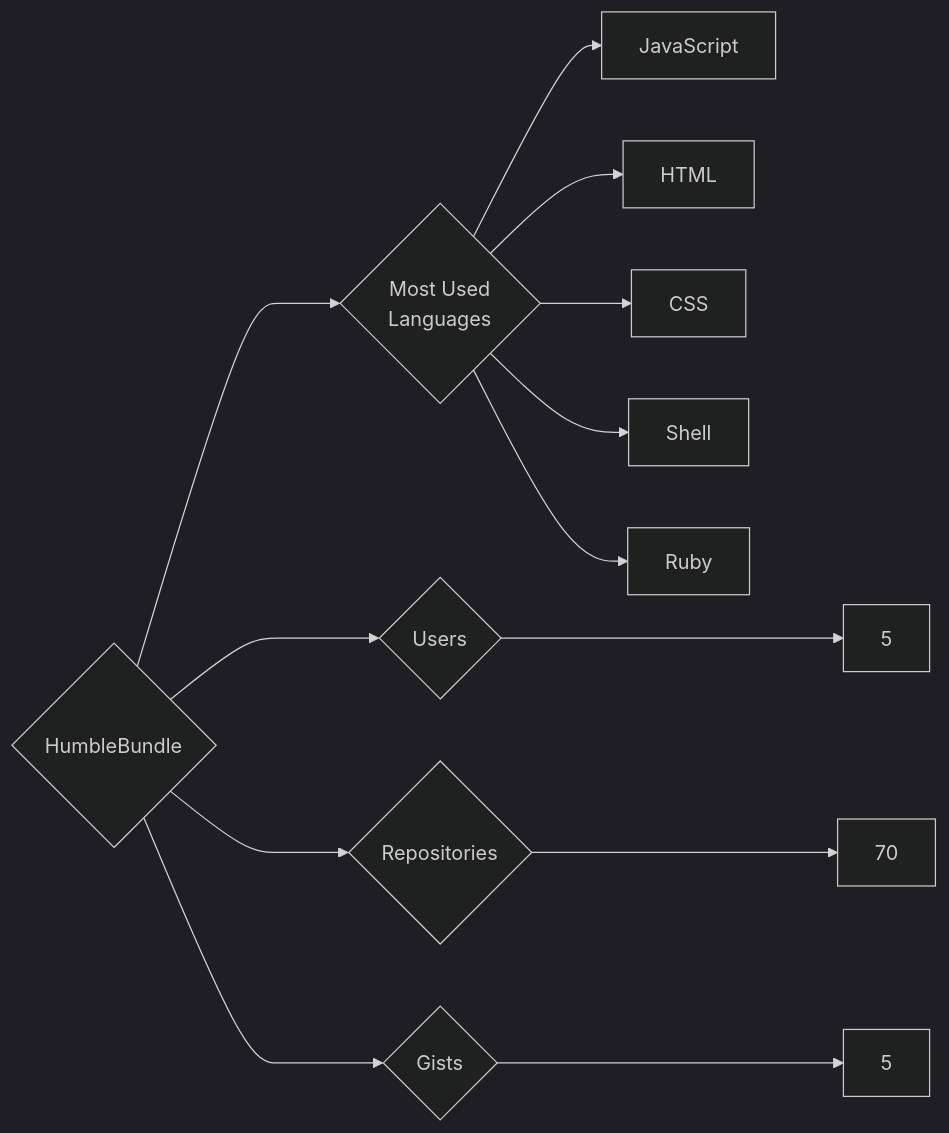
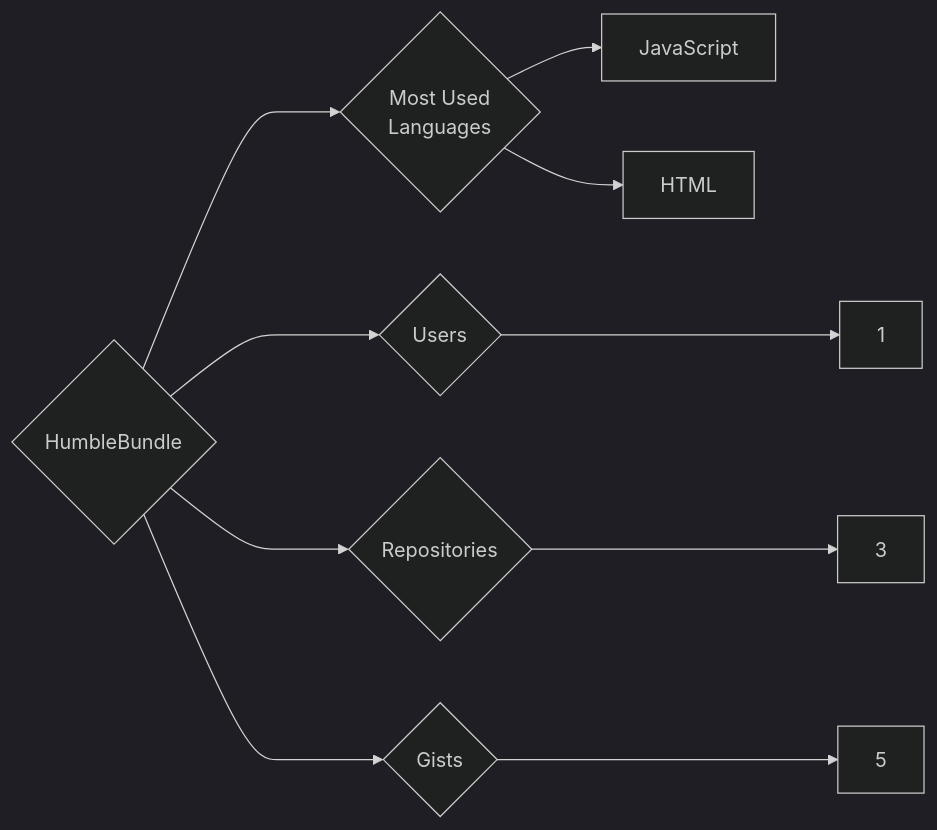
Before and after one commit to trickest/insiders: the diagram in targets/HumbleBundle/README.md, drawn with Mermaid (dark theme). The commit also changed 1084 other files, not shown here.

````diff
--- a/targets/HumbleBundle/README.md
+++ b/targets/HumbleBundle/README.md
@@ -3,13 +3,10 @@
 ```mermaid
 graph LR
 COMPANY_NAME{HumbleBundle}
-COMPANY_NAME ---> U{Users} ---> UN[5]
-COMPANY_NAME ---> R{Repositories} ---> RN[70]
+COMPANY_NAME ---> U{Users} ---> UN[1]
+COMPANY_NAME ---> R{Repositories} ---> RN[3]
 COMPANY_NAME ---> G{Gists} ---> GN[5]
 COMPANY_NAME ---> ML{Most Used<br>Languages}
 ML --> JavaScript[JavaScript]
 ML --> HTML[HTML]
-ML --> CSS[CSS]
-ML --> Shell[Shell]
-ML --> Ruby[Ruby]
 ```
````
